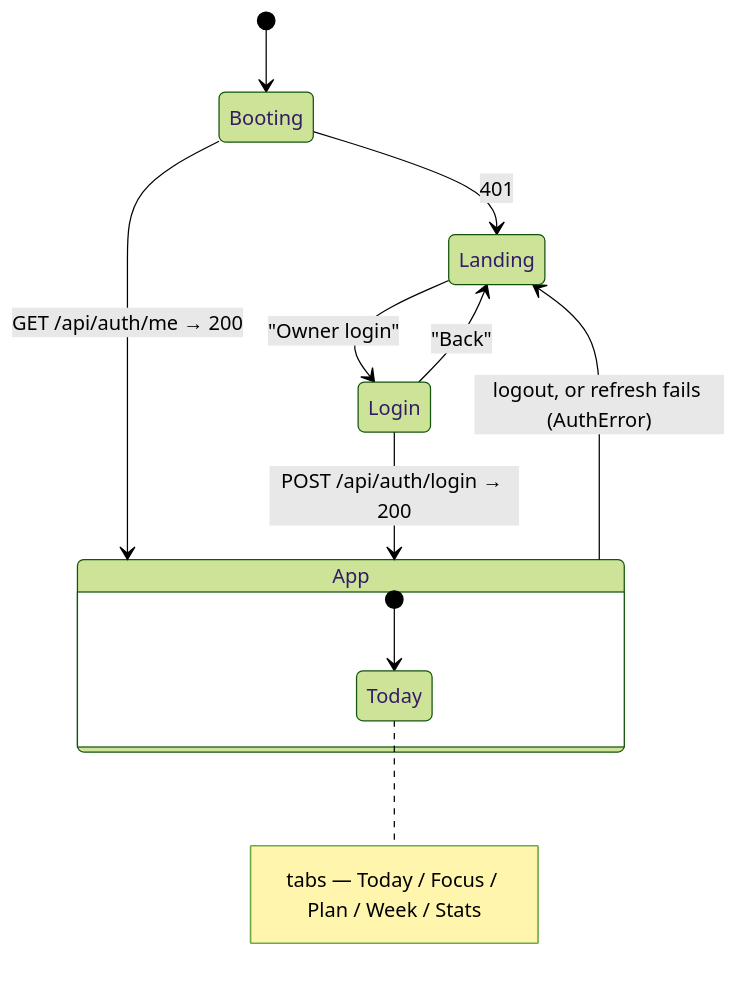
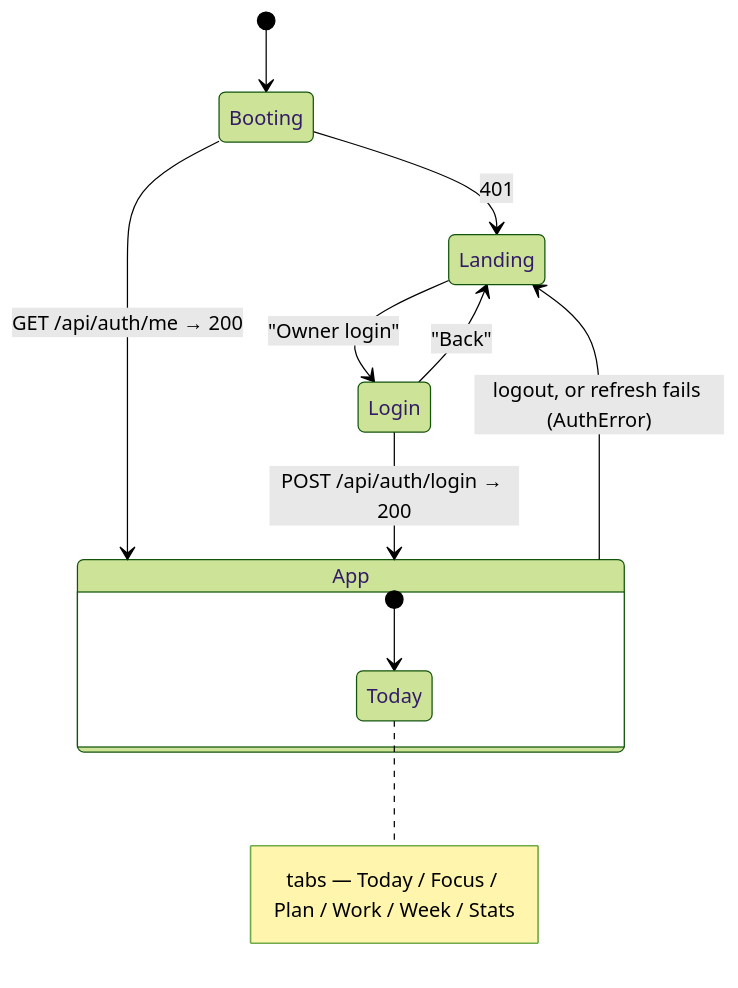
Before and after one commit to caseythecoder90/grindtrack: the first of 2 diagrams in gt2/docs/frontend.md, drawn with Mermaid (forest theme). The commit also changed other lines of this file and 19 other files, not shown here.

````diff
--- a/gt2/docs/frontend.md
+++ b/gt2/docs/frontend.md
@@ -55,14 +60,14 @@
 ```mermaid
 stateDiagram-v2
     [*] --> Booting
     Booting --> App : GET /api/auth/me → 200
     Booting --> Landing : 401
     Landing --> Login : "Owner login"
     Login --> App : POST /api/auth/login → 200
     Login --> Landing : "Back"
     App --> Landing : logout, or refresh fails (AuthError)
     state App {
         [*] --> Today
-        note right of Today : tabs — Today / Focus / Plan / Week / Stats
+        note right of Today : tabs — Today / Focus / Plan / Work / Week / Stats
     }
 ```
````
